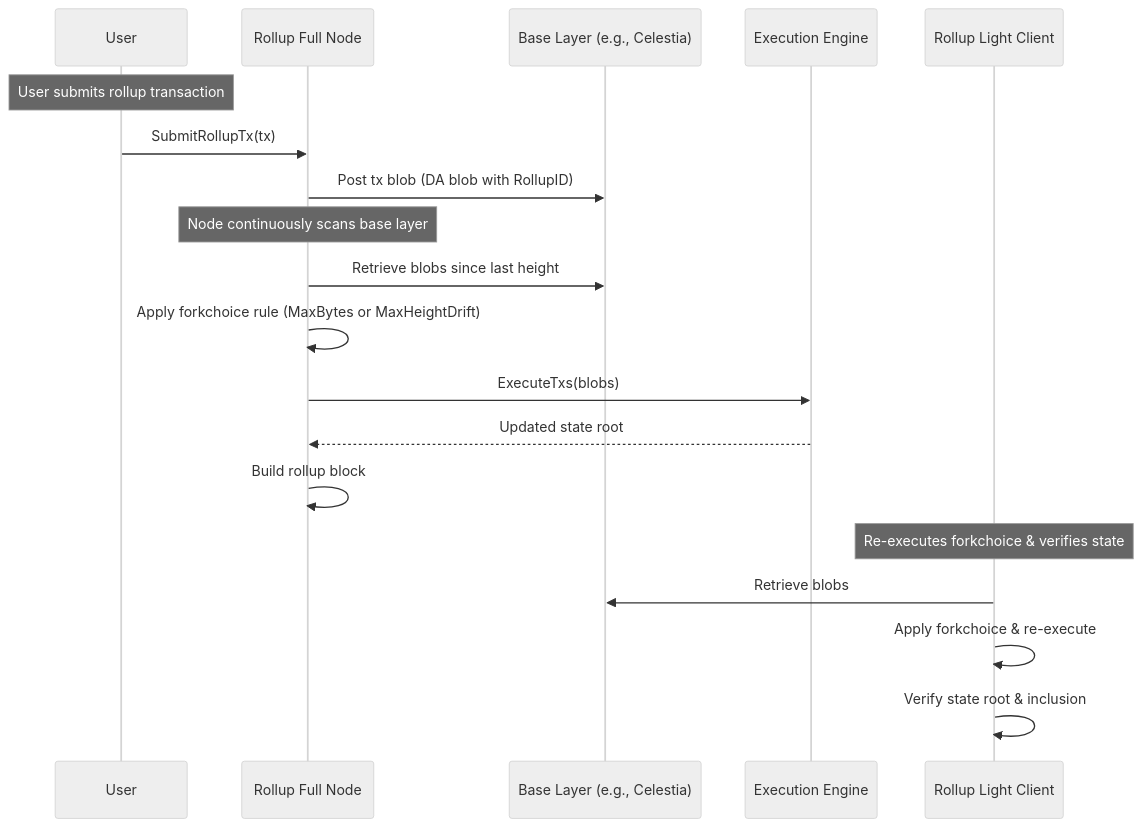
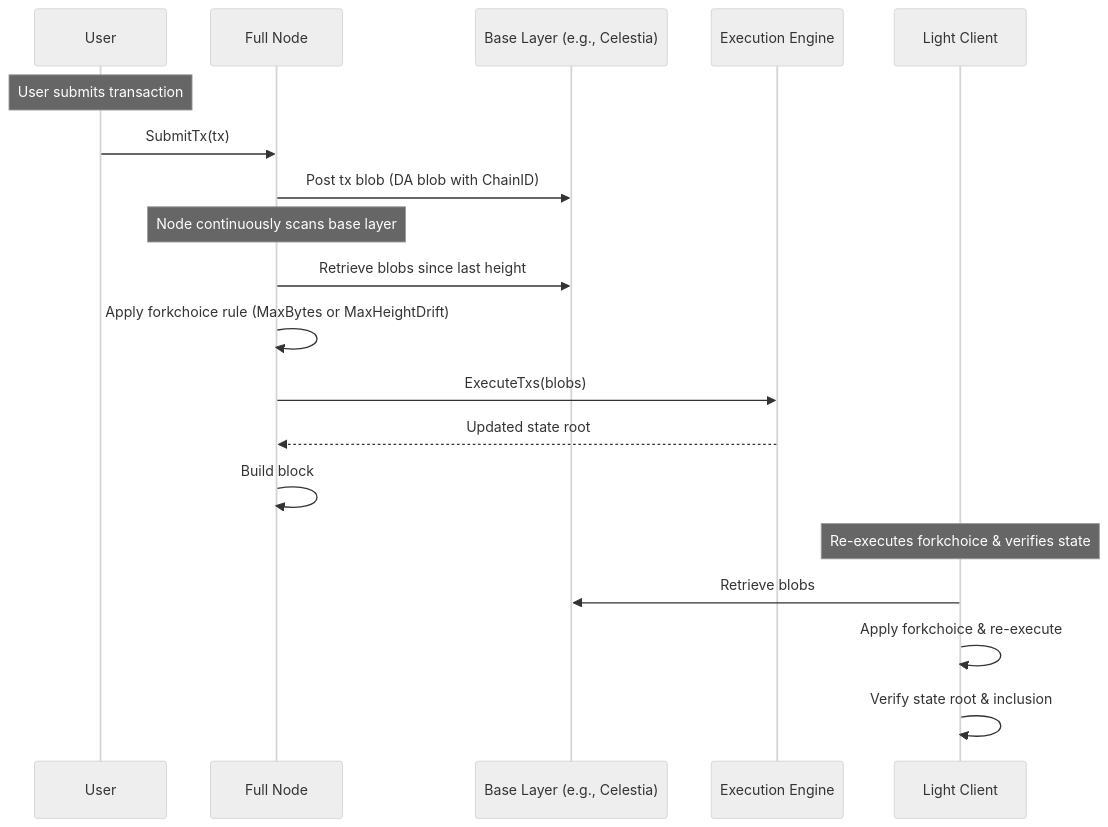
One commit to rollkit/rollkit changed the second of 2 diagrams in specs/lazy-adr/adr-012-based-sequencing.md. Above: the diagram before and after it, drawn with Mermaid (neutral theme). The commit also changed other lines of this file and 27 other files, not shown here.

````diff
--- a/specs/lazy-adr/adr-012-based-sequencing.md
+++ b/specs/lazy-adr/adr-012-based-sequencing.md
@@ -95,27 +95,27 @@
 ```mermaid
 sequenceDiagram
     participant User as User
-    participant Node as Rollup Full Node
+    participant Node as Full Node
     participant Base as Base Layer (e.g., Celestia)
     participant Exec as Execution Engine
-    participant LightClient as Rollup Light Client
+    participant LightClient as Light Client
 
-    Note over User: User submits rollup transaction
+    Note over User: User submits transaction
 
-    User->>Node: SubmitRollupTx(tx)
-    Node->>Base: Post tx blob (DA blob with RollupID)
+    User->>Node: SubmitTx(tx)
+    Node->>Base: Post tx blob (DA blob with ChainID)
 
     Note over Node: Node continuously scans base layer
 
     Node->>Base: Retrieve blobs since last height
     Node->>Node: Apply forkchoice rule (MaxBytes or MaxHeightDrift)
     Node->>Exec: ExecuteTxs(blobs)
     Exec-->>Node: Updated state root
-    Node->>Node: Build rollup block
+    Node->>Node: Build block
 
     Note over LightClient: Re-executes forkchoice & verifies state
 
     LightClient->>Base: Retrieve blobs
     LightClient->>LightClient: Apply forkchoice & re-execute
     LightClient->>LightClient: Verify state root & inclusion
 ```
````
